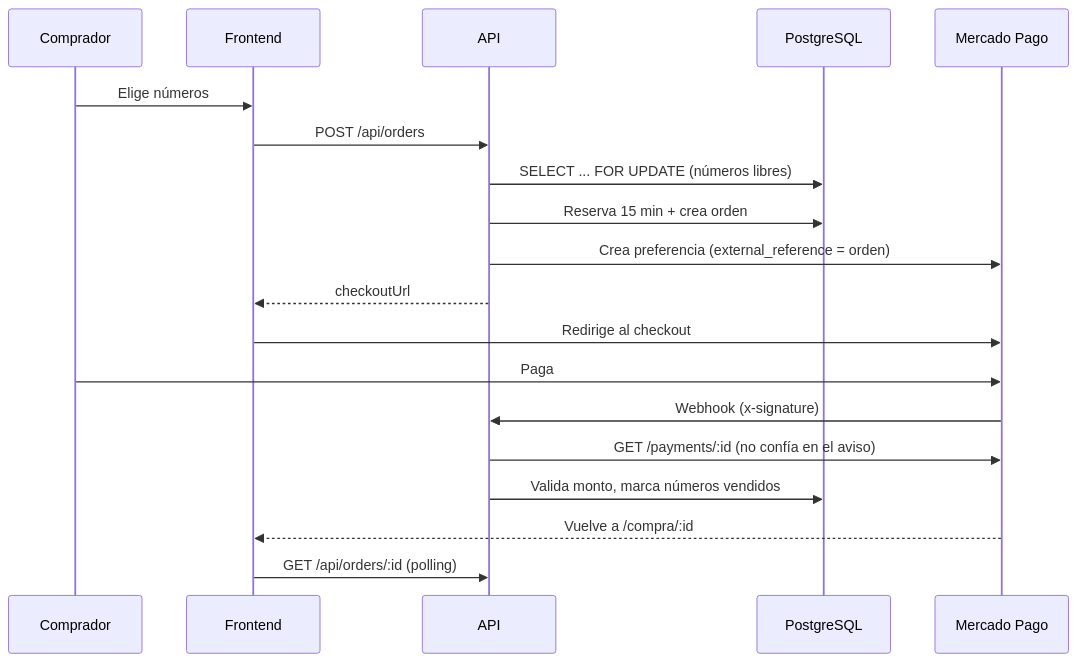
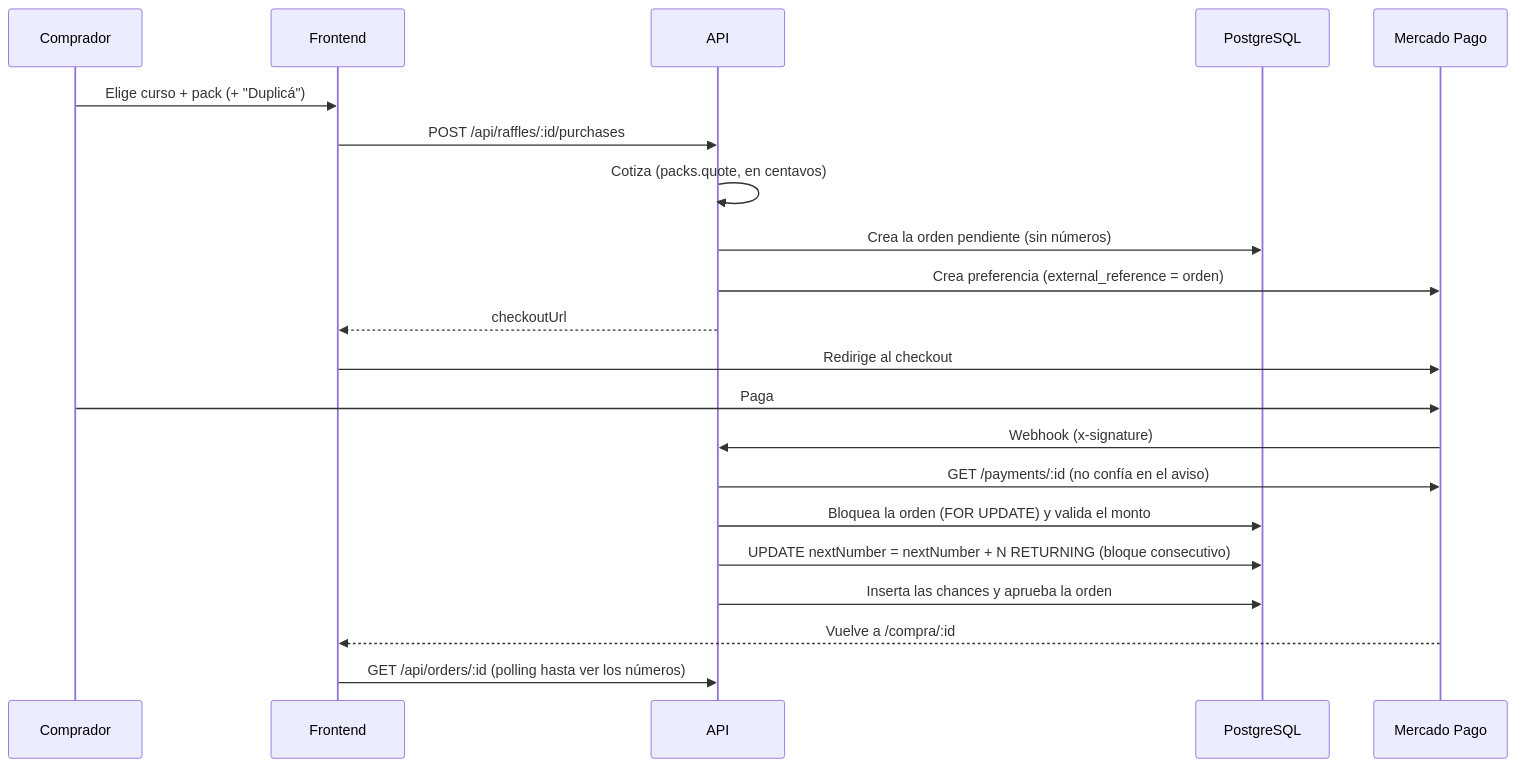
The second of 2 diagrams in docs/ARCHITECTURE.md (MarianoMuri/giveaway-platform), drawn with Mermaid before and after one commit. The commit also changed other lines of this file and 8 other files, not shown here.

Commit message:
docs: update readme, architecture and roadmap for the pack model

````diff
--- a/docs/ARCHITECTURE.md
+++ b/docs/ARCHITECTURE.md
@@ -18,22 +18,24 @@
 ```mermaid
 sequenceDiagram
   participant C as Comprador
   participant W as Frontend
   participant API
   participant DB as PostgreSQL
   participant MP as Mercado Pago
 
-  C->>W: Elige números
-  W->>API: POST /api/orders
-  API->>DB: SELECT ... FOR UPDATE (números libres)
-  API->>DB: Reserva 15 min + crea orden
+  C->>W: Elige curso + pack (+ "Duplicá")
+  W->>API: POST /api/raffles/:id/purchases
+  API->>API: Cotiza (packs.quote, en centavos)
+  API->>DB: Crea la orden pendiente (sin números)
   API->>MP: Crea preferencia (external_reference = orden)
   API-->>W: checkoutUrl
   W->>MP: Redirige al checkout
   C->>MP: Paga
   MP->>API: Webhook (x-signature)
   API->>MP: GET /payments/:id (no confía en el aviso)
-  API->>DB: Valida monto, marca números vendidos
+  API->>DB: Bloquea la orden (FOR UPDATE) y valida el monto
+  API->>DB: UPDATE nextNumber = nextNumber + N RETURNING (bloque consecutivo)
+  API->>DB: Inserta las chances y aprueba la orden
   MP-->>W: Vuelve a /compra/:id
-  W->>API: GET /api/orders/:id (polling)
+  W->>API: GET /api/orders/:id (polling hasta ver los números)
 ```
````
